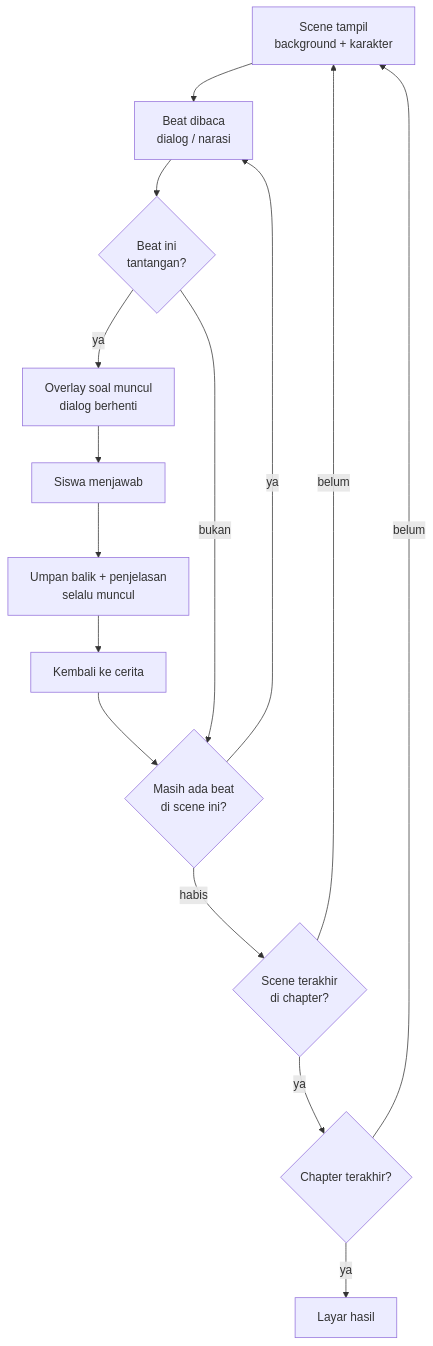
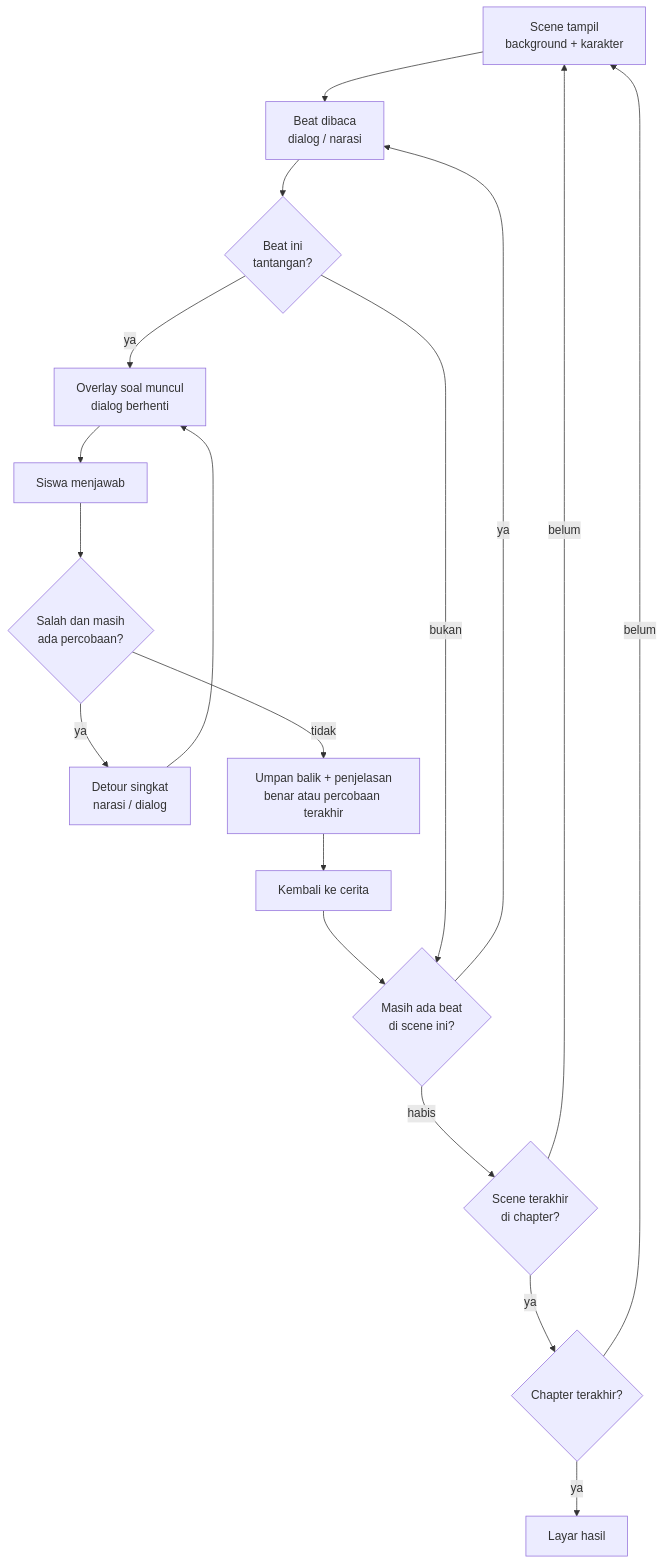
The diagram in docs/04-game/game-design.md (justeita/ClassQuest), drawn with Mermaid before and after one commit. The commit also changed 4 other files, not shown here.

````diff
--- a/docs/04-game/game-design.md
+++ b/docs/04-game/game-design.md
@@ -125,17 +125,20 @@
 ```mermaid
 flowchart TD
   A["Scene tampil<br/>background + karakter"] --> B["Beat dibaca<br/>dialog / narasi"]
   B --> C{"Beat ini<br/>tantangan?"}
   C -- "ya" --> D["Overlay soal muncul<br/>dialog berhenti"]
   D --> E["Siswa menjawab"]
-  E --> F["Umpan balik + penjelasan<br/>selalu muncul"]
+  E --> R{"Salah dan masih<br/>ada percobaan?"}
+  R -- "ya" --> S["Detour singkat<br/>narasi / dialog"]
+  S --> D
+  R -- "tidak" --> F["Umpan balik + penjelasan<br/>benar atau percobaan terakhir"]
   F --> G["Kembali ke cerita"]
   G --> H{"Masih ada beat<br/>di scene ini?"}
   C -- "bukan" --> H
   H -- "ya" --> B
   H -- "habis" --> I{"Scene terakhir<br/>di chapter?"}
   I -- "belum" --> A
   I -- "ya" --> J{"Chapter terakhir?"}
   J -- "belum" --> A
   J -- "ya" --> K["Layar hasil"]
 ```
````
